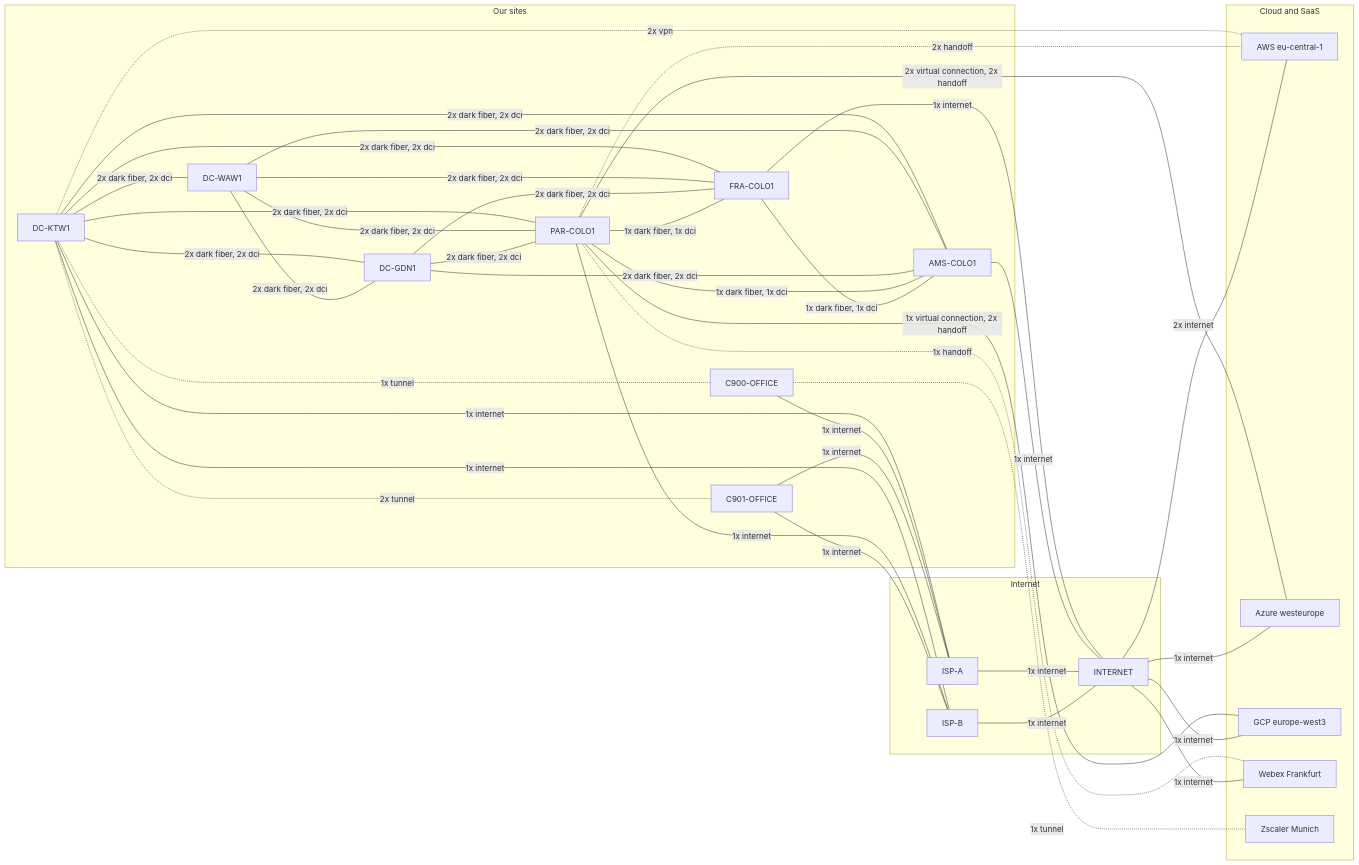
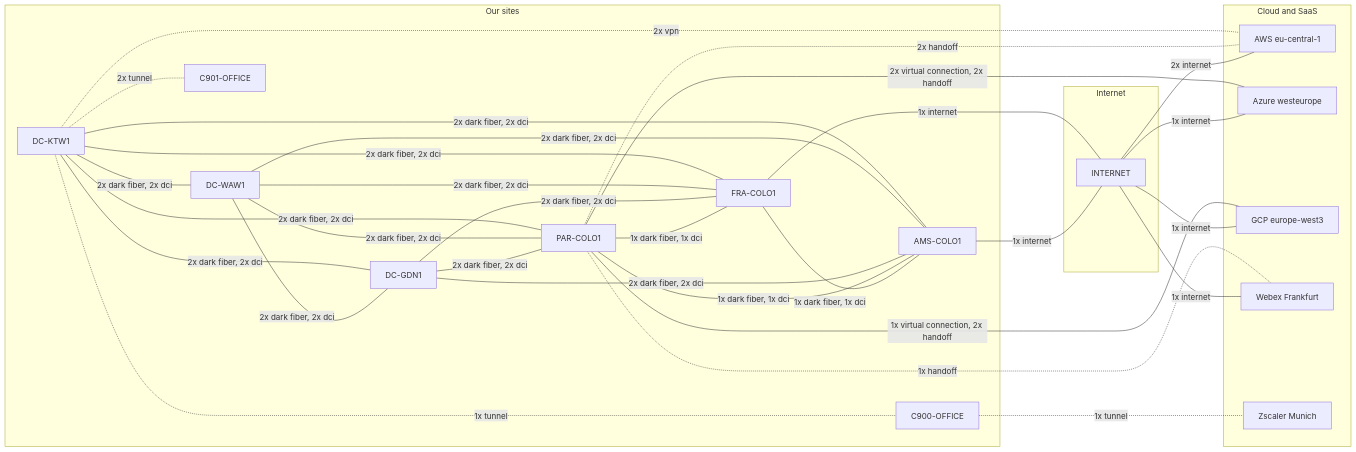
The first of 4 diagrams in data/demos/00_full_topology/README.md (t0m3kz/infrahub-demo), drawn with Mermaid before and after one commit. The commit also changed other lines of this file and 60 other files, not shown here.

First line of the commit message:
refactor(schema)!: remove TopologyExternalProviders, add provider reverse edges and a public-endpoint check (#280)

````diff
--- a/data/demos/00_full_topology/README.md
+++ b/data/demos/00_full_topology/README.md
@@ -145,62 +145,52 @@
 ```mermaid
 flowchart LR
   subgraph SITES["Our sites"]
     DC_KTW1["DC-KTW1"]
     DC_WAW1["DC-WAW1"]
     DC_GDN1["DC-GDN1"]
     PAR_COLO1["PAR-COLO1"]
     FRA_COLO1["FRA-COLO1"]
     AMS_COLO1["AMS-COLO1"]
     C900_OFFICE["C900-OFFICE"]
     C901_OFFICE["C901-OFFICE"]
   end
   subgraph NET["Internet"]
-    ISP_A["ISP-A"]
-    ISP_B["ISP-B"]
     INTERNET["INTERNET"]
   end
   subgraph CLOUD["Cloud and SaaS"]
     eu_central_1["AWS eu-central-1"]
     westeurope["Azure westeurope"]
     europe_west3["GCP europe-west3"]
     WEBEX_FRANKFURT["Webex Frankfurt"]
     ZSCALER_MUNICH_I["Zscaler Munich"]
   end
   DC_KTW1 ---|"2x dark fiber, 2x dci"| DC_WAW1
   DC_KTW1 ---|"2x dark fiber, 2x dci"| DC_GDN1
   DC_KTW1 ---|"2x dark fiber, 2x dci"| PAR_COLO1
   DC_KTW1 ---|"2x dark fiber, 2x dci"| FRA_COLO1
   DC_KTW1 ---|"2x dark fiber, 2x dci"| AMS_COLO1
   DC_KTW1 -.-|"1x tunnel"| C900_OFFICE
   DC_KTW1 -.-|"2x tunnel"| C901_OFFICE
-  DC_KTW1 ---|"1x internet"| ISP_A
-  DC_KTW1 ---|"1x internet"| ISP_B
   DC_KTW1 -.-|"2x vpn"| eu_central_1
   DC_WAW1 ---|"2x dark fiber, 2x dci"| DC_GDN1
   DC_WAW1 ---|"2x dark fiber, 2x dci"| PAR_COLO1
   DC_WAW1 ---|"2x dark fiber, 2x dci"| FRA_COLO1
   DC_WAW1 ---|"2x dark fiber, 2x dci"| AMS_COLO1
   DC_GDN1 ---|"2x dark fiber, 2x dci"| PAR_COLO1
   DC_GDN1 ---|"2x dark fiber, 2x dci"| FRA_COLO1
   DC_GDN1 ---|"2x dark fiber, 2x dci"| AMS_COLO1
   PAR_COLO1 ---|"1x dark fiber, 1x dci"| FRA_COLO1
   PAR_COLO1 ---|"1x dark fiber, 1x dci"| AMS_COLO1
-  PAR_COLO1 ---|"1x internet"| ISP_B
   PAR_COLO1 -.-|"2x handoff"| eu_central_1
   PAR_COLO1 ---|"2x virtual connection, 2x handoff"| westeurope
   PAR_COLO1 ---|"1x virtual connection, 2x handoff"| europe_west3
   PAR_COLO1 -.-|"1x handoff"| WEBEX_FRANKFURT
   FRA_COLO1 ---|"1x dark fiber, 1x dci"| AMS_COLO1
   FRA_COLO1 ---|"1x internet"| INTERNET
   AMS_COLO1 ---|"1x internet"| INTERNET
-  C900_OFFICE ---|"1x internet"| ISP_A
   C900_OFFICE -.-|"1x tunnel"| ZSCALER_MUNICH_I
-  C901_OFFICE ---|"1x internet"| ISP_A
-  C901_OFFICE ---|"1x internet"| ISP_B
-  ISP_A ---|"1x internet"| INTERNET
-  ISP_B ---|"1x internet"| INTERNET
   INTERNET ---|"2x internet"| eu_central_1
   INTERNET ---|"1x internet"| westeurope
   INTERNET ---|"1x internet"| europe_west3
   INTERNET ---|"1x internet"| WEBEX_FRANKFURT
 ```
````
